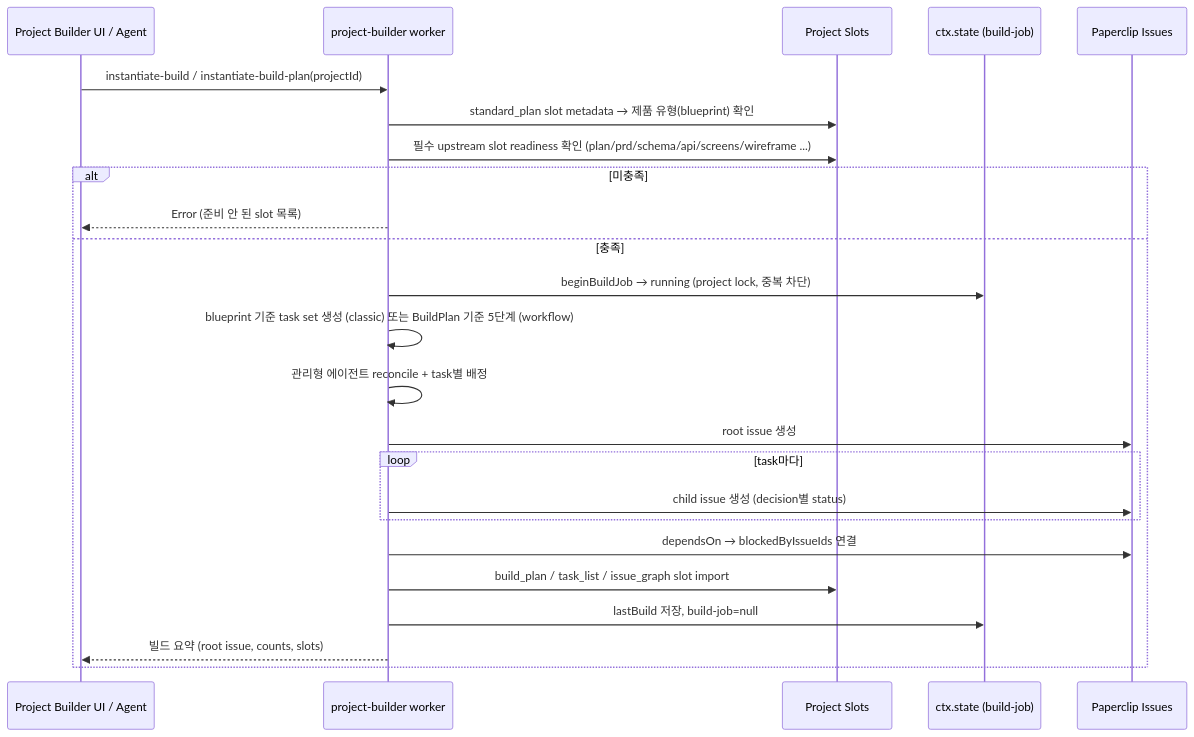
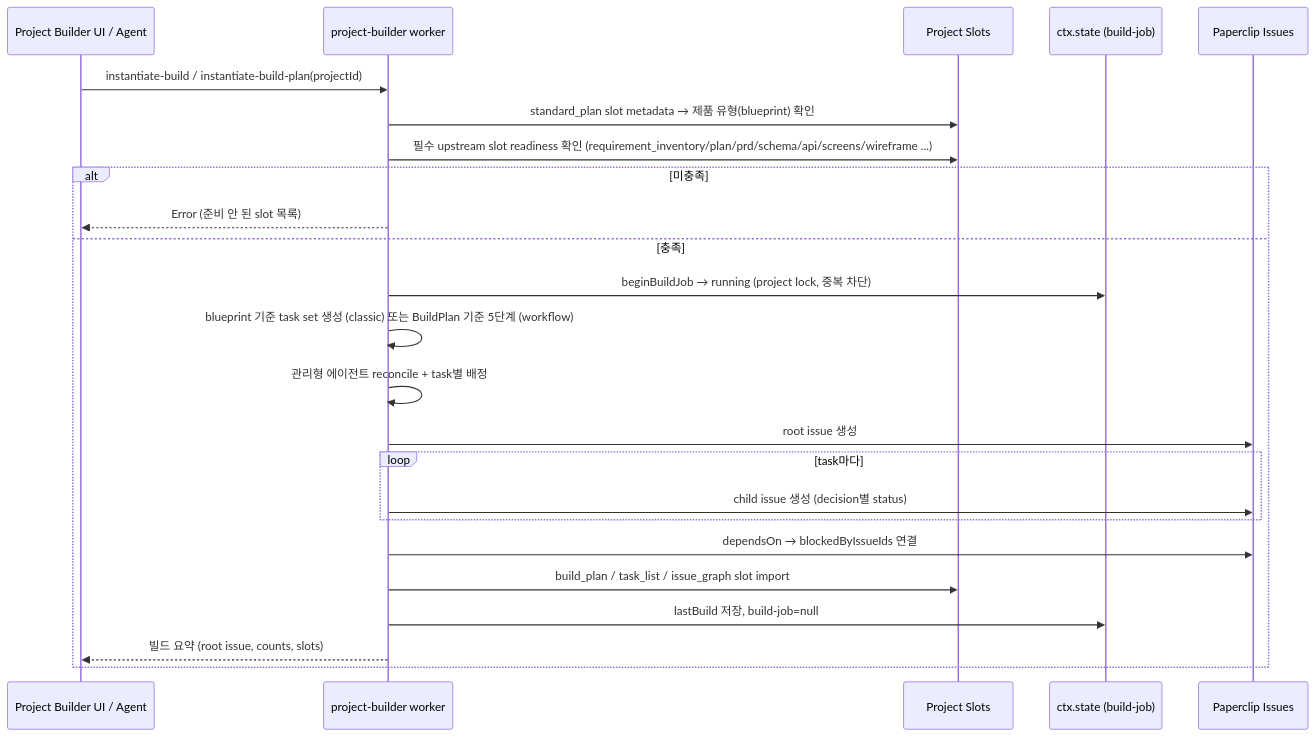
The fifth of 5 diagrams in bbr-plugins/builder/README.md (BBrightcode-atlas/company-os-v2), drawn with Mermaid before and after one commit. The commit also changed other lines of this file and 15 other files, not shown here.

````diff
--- a/bbr-plugins/builder/README.md
+++ b/bbr-plugins/builder/README.md
@@ -183,27 +193,27 @@
 ```mermaid
 sequenceDiagram
   participant UI as Project Builder UI / Agent
   participant W as project-builder worker
   participant SL as Project Slots
   participant ST as ctx.state (build-job)
   participant IS as Paperclip Issues
 
   UI->>W: instantiate-build / instantiate-build-plan(projectId)
   W->>SL: standard_plan slot metadata → 제품 유형(blueprint) 확인
-  W->>SL: 필수 upstream slot readiness 확인 (plan/prd/schema/api/screens/wireframe ...)
+  W->>SL: 필수 upstream slot readiness 확인 (requirement_inventory/plan/prd/schema/api/screens/wireframe ...)
   alt 미충족
     W-->>UI: Error (준비 안 된 slot 목록)
   else 충족
     W->>ST: beginBuildJob → running (project lock, 중복 차단)
     W->>W: blueprint 기준 task set 생성 (classic) 또는 BuildPlan 기준 5단계 (workflow)
     W->>W: 관리형 에이전트 reconcile + task별 배정
     W->>IS: root issue 생성
     loop task마다
       W->>IS: child issue 생성 (decision별 status)
     end
     W->>IS: dependsOn → blockedByIssueIds 연결
     W->>SL: build_plan / task_list / issue_graph slot import
     W->>ST: lastBuild 저장, build-job=null
     W-->>UI: 빌드 요약 (root issue, counts, slots)
   end
 ```
````
